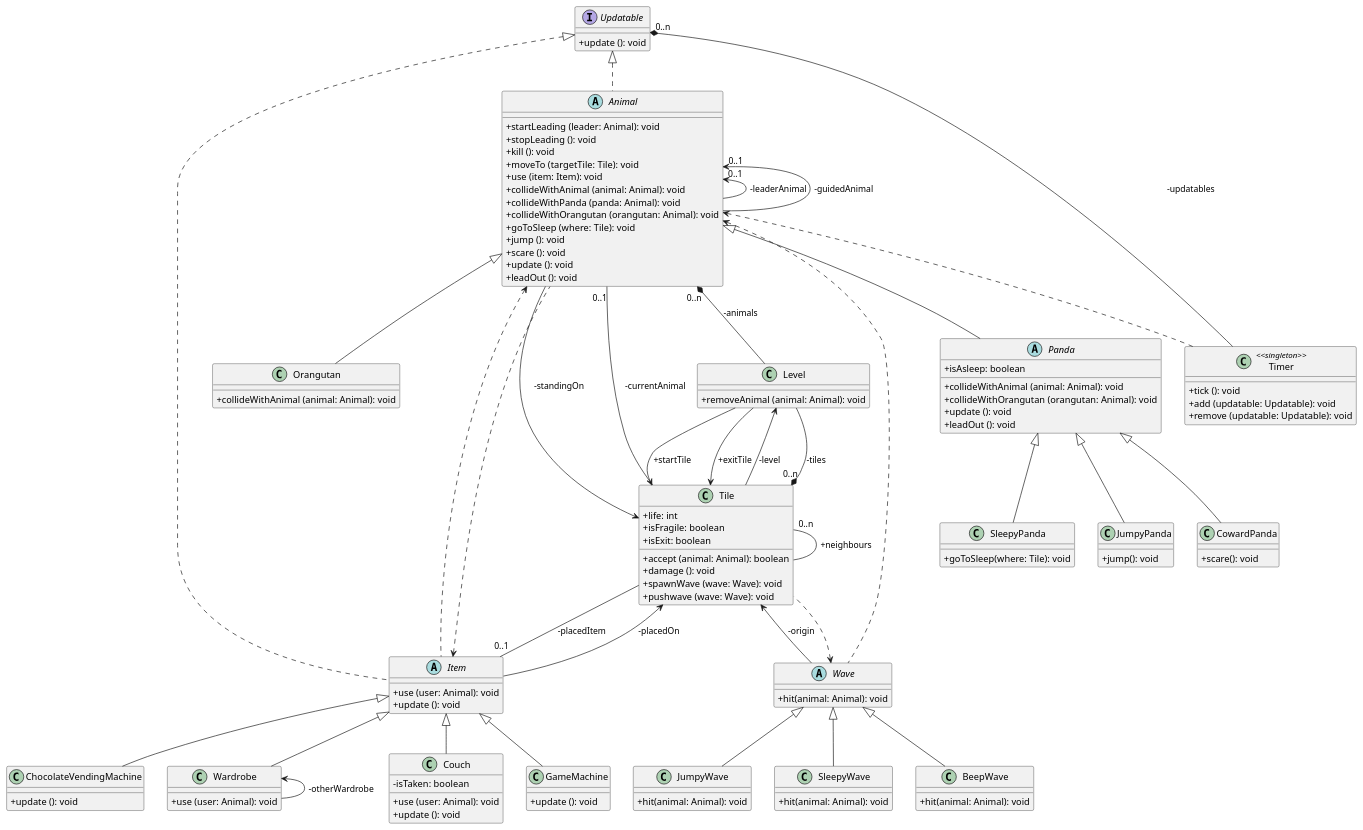
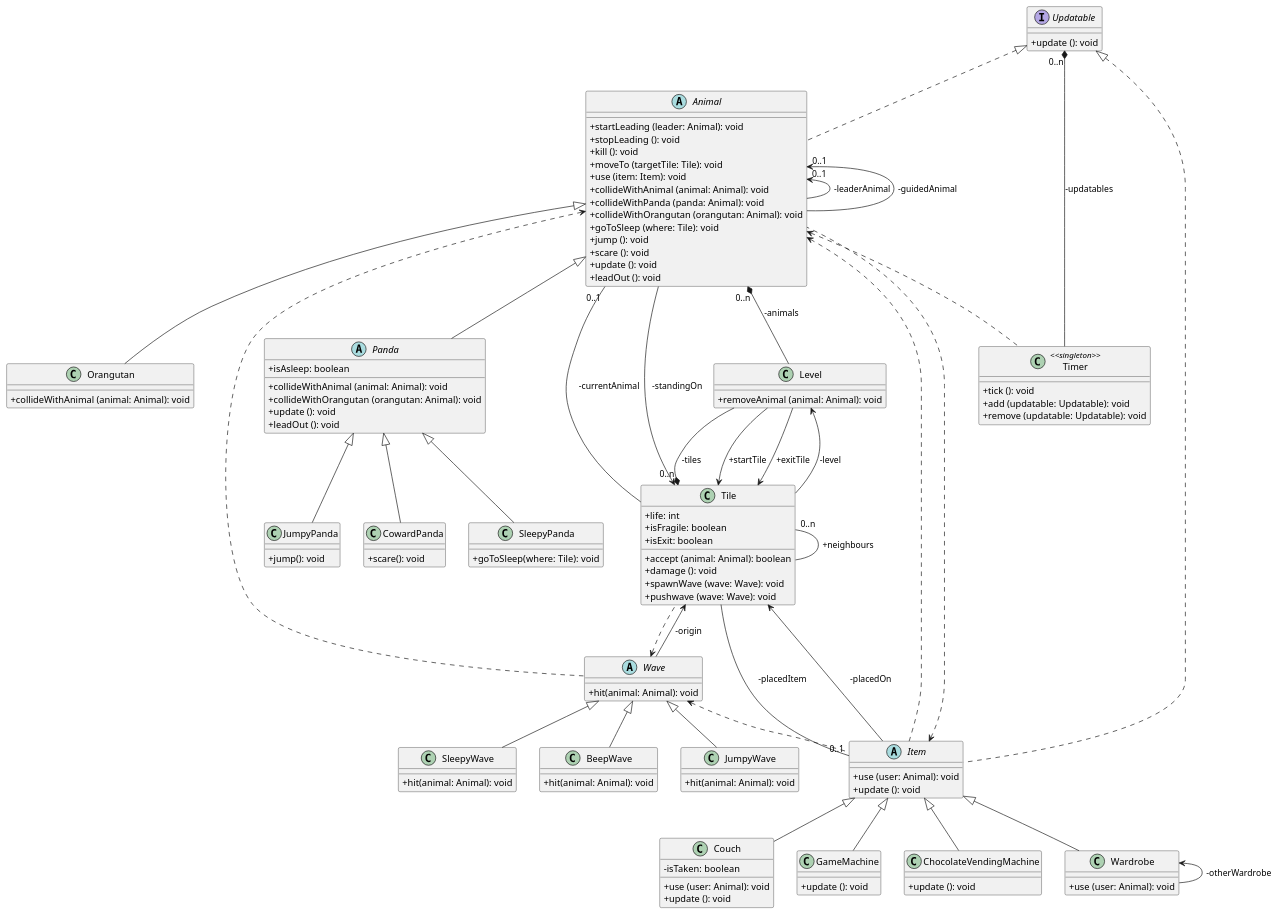
Before and after one commit to bokovhu/software-project-laboratory-assignment: the diagram in 3-analysis-modell/java/src/main/plantuml/ClassDiagram.puml, drawn with PlantUML. The commit also changed 6 other files, not shown here.

```diff
--- a/3-analysis-modell/java/src/main/plantuml/ClassDiagram.puml
+++ b/3-analysis-modell/java/src/main/plantuml/ClassDiagram.puml
@@ -1,178 +1,180 @@
 @startuml
 
 skinparam classAttributeIconSize 0
 skinparam guillemet false
 
 ' ==========
 ' Interfaces
 ' ==========
 
 interface Updatable {
     +update (): void
 }
 
 ' =======
 ' Classes
 ' =======
 
 class Timer <<singleton>> {
     +tick (): void
     +add (updatable: Updatable): void
     +remove (updatable: Updatable): void
 }
 
 class Level {
     +removeAnimal (animal: Animal): void
 }
 
 class Tile {
     +life: int
     +isFragile: boolean
     +isExit: boolean
     +accept (animal: Animal): boolean
     +damage (): void
     +spawnWave (wave: Wave): void
     +pushwave (wave: Wave): void
 }
 
 abstract class Animal {
     +startLeading (leader: Animal): void
     +stopLeading (): void
     +kill (): void
     +moveTo (targetTile: Tile): void
     +use (item: Item): void
     +collideWithAnimal (animal: Animal): void
     +collideWithPanda (panda: Animal): void
     +collideWithOrangutan (orangutan: Animal): void
     +goToSleep (where: Tile): void
     +jump (): void
     +scare (): void
     +update (): void
     +leadOut (): void
 }
 
 abstract class Item {
     +use (user: Animal): void
     +update (): void
 }
 
 abstract class Panda {
     +isAsleep: boolean
     +collideWithAnimal (animal: Animal): void
     +collideWithOrangutan (orangutan: Animal): void
     +update (): void
     +leadOut (): void
 }
 
 class SleepyPanda {
     +goToSleep(where: Tile): void
 }
 
 class JumpyPanda {
     +jump(): void
 }
 
 class CowardPanda {
     +scare(): void
 }
 
 class Orangutan {
     +collideWithAnimal (animal: Animal): void
 }
 
 class Couch {
     -isTaken: boolean
     +use (user: Animal): void
     +update (): void
 }
 
 class GameMachine {
     +update (): void
 }
 
 class ChocolateVendingMachine {
     +update (): void
 }
 
 class Wardrobe {
     +use (user: Animal): void
 }
 
 abstract class Wave {
     +hit(animal: Animal): void
 }
 
 class SleepyWave{
     +hit(animal: Animal): void
 }
 
 class BeepWave{
     +hit(animal: Animal): void
 }
 
 class JumpyWave{
     +hit(animal: Animal): void
 }
 ' ===========
 ' Inheritance
 ' ===========
 
 Updatable <|.. Animal
 Updatable <|.. Item
 
 Animal <|-- Panda
 Panda<|-- SleepyPanda
 Panda<|-- JumpyPanda
 Panda<|-- CowardPanda
 Animal <|-- Orangutan
 
 Item <|-- Couch
 Item <|-- GameMachine
 Item <|-- ChocolateVendingMachine
 Item <|-- Wardrobe
 
 Wave<|-- JumpyWave
 Wave<|-- SleepyWave
 Wave<|-- BeepWave
 
 ' ============
 ' Compositions
 ' ============
 
 Updatable "0..n" *-- Timer : -updatables
 Tile "0..n" *-- Level : -tiles
 Animal "0..n" *-- Level : -animals
 
 ' ============
 ' Associations
 ' ============
 
 Tile "0..n" -- Tile : +neighbours
 
 Tile <-- Animal : -standingOn
 Animal "0..1" -- Tile : -currentAnimal
 
 Animal "0..1" <-- Animal : -leaderAnimal
 Animal "0..1" <-- Animal : -guidedAnimal
 
 Tile <-- Item : -placedOn
 Item "0..1" -- Tile : -placedItem
 
 Tile <-- Wave : -origin
 
 Wave <.. Tile
 Tile <-- Level : +startTile
 Tile <-- Level : +exitTile
 
 Animal <.. Item
 Item <.. Animal
 
 Wardrobe <-- Wardrobe : -otherWardrobe
 
 Level <-- Tile : -level
 
 Animal <.. Wave
 
 Animal <.. Timer
 
+Wave <.. Item
+
 @enduml
```
